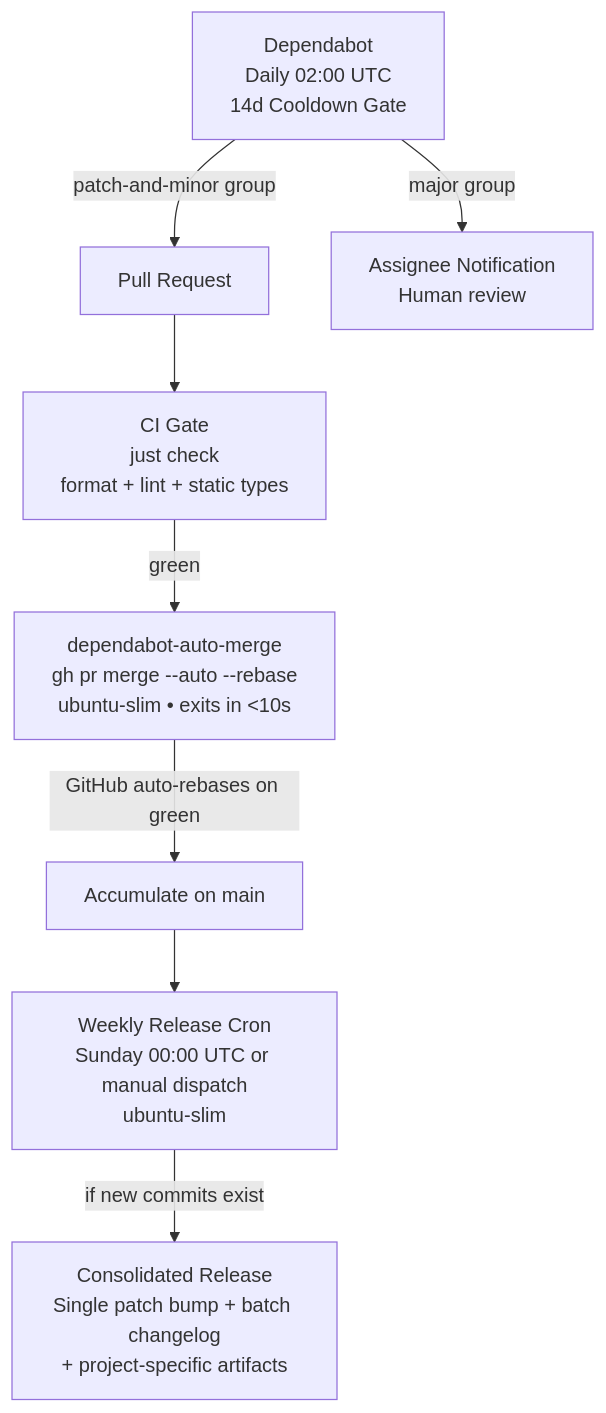
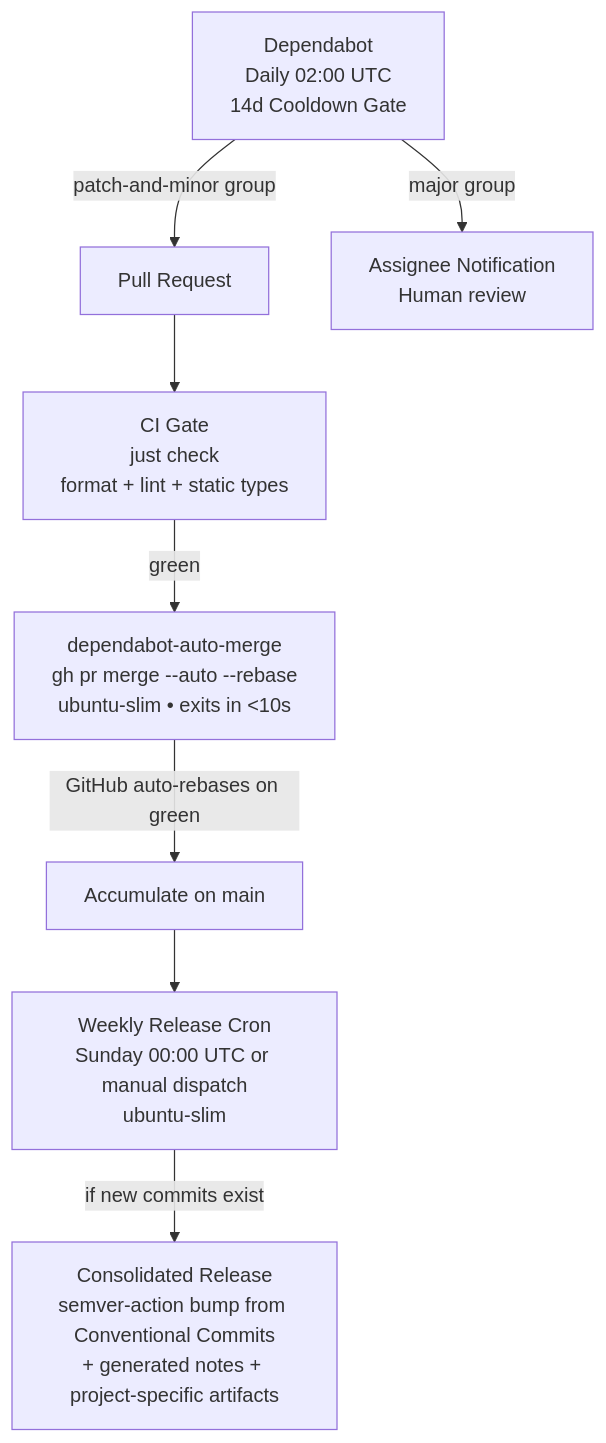
Before and after one commit to Delnegend/dotfiles: the diagram in dot_agents/skills/autonomous-upgrade/SKILL.md, drawn with Mermaid. The commit also changed other lines of this file, not shown here.

First line of the commit message:
docs(skills): derive release versions with ietf-tools/semver-action

````diff
--- a/dot_agents/skills/autonomous-upgrade/SKILL.md
+++ b/dot_agents/skills/autonomous-upgrade/SKILL.md
@@ -10,10 +10,10 @@
 ```mermaid
 flowchart TD
     A[Dependabot<br/>Daily 02:00 UTC<br/>14d Cooldown Gate] -->|patch-and-minor group| B[Pull Request]
     A -->|major group| C[Assignee Notification<br/>Human review]
     B --> D[CI Gate<br/>just check<br/>format + lint + static types]
     D -->|green| E[dependabot-auto-merge<br/>gh pr merge --auto --rebase<br/>ubuntu-slim • exits in <10s]
     E -->|GitHub auto-rebases on green| F[Accumulate on main]
     F --> G[Weekly Release Cron<br/>Sunday 00:00 UTC or manual dispatch<br/>ubuntu-slim]
-    G -->|if new commits exist| H[Consolidated Release<br/>Single patch bump + batch changelog<br/>+ project-specific artifacts]
+    G -->|if new commits exist| H[Consolidated Release<br/>semver-action bump from Conventional Commits<br/>+ generated notes + project-specific artifacts]
 ```
````
